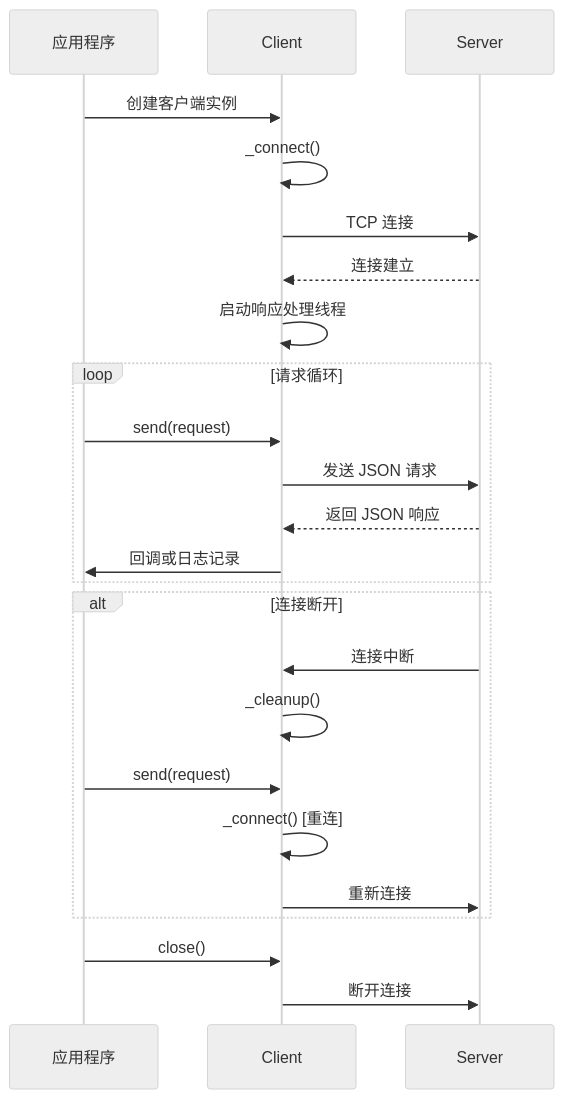
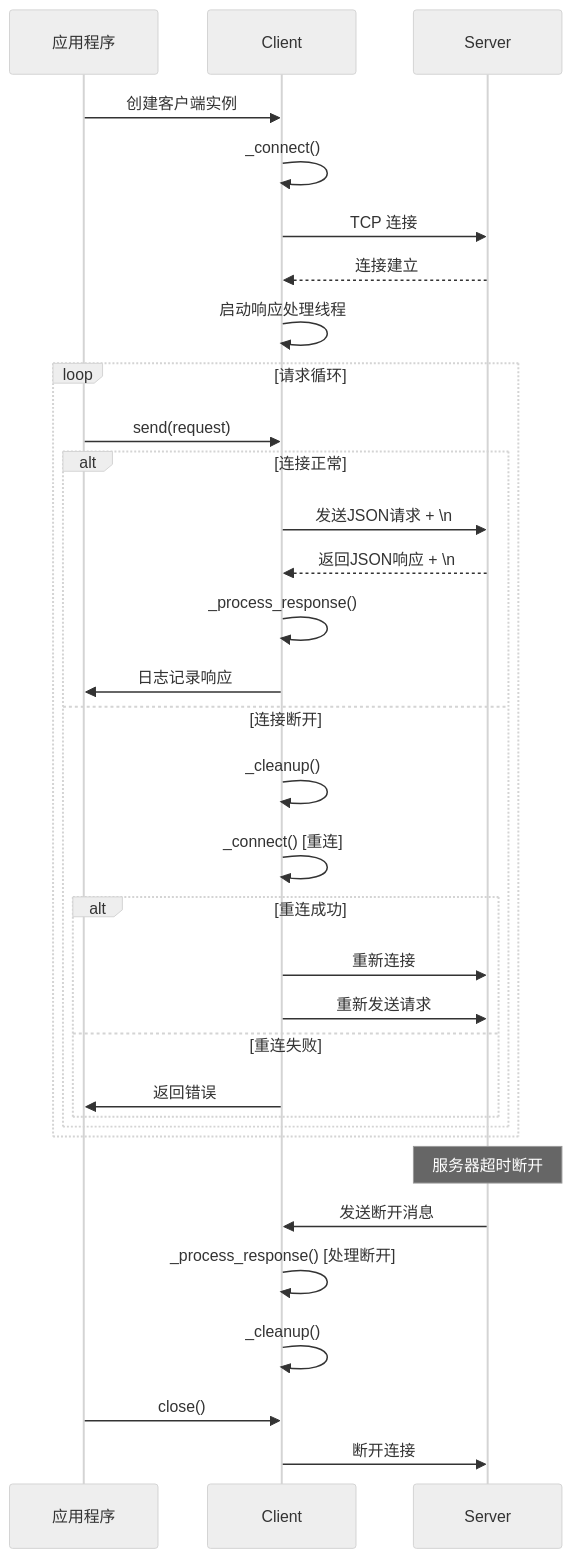
One commit to ProgrammerChengPei/pytest-learn-multi-test-categories changed the fifth of 6 diagrams in docs/架构设计.md. Above: the diagram before and after it, drawn with Mermaid (neutral theme). The commit also changed other lines of this file and 3 other files, not shown here.

````diff
--- a/docs/架构设计.md
+++ b/docs/架构设计.md
@@ -178,30 +206,39 @@
 ```mermaid
 sequenceDiagram
     participant App as 应用程序
     participant C as Client
     participant S as Server
     
     App->>C: 创建客户端实例
     C->>C: _connect()
     C->>S: TCP 连接
     S-->>C: 连接建立
     C->>C: 启动响应处理线程
     
     loop 请求循环
         App->>C: send(request)
-        C->>S: 发送 JSON 请求
-        S-->>C: 返回 JSON 响应
-        C->>App: 回调或日志记录
+        alt 连接正常
+            C->>S: 发送JSON请求 + \n
+            S-->>C: 返回JSON响应 + \n
+            C->>C: _process_response()
+            C->>App: 日志记录响应
+        else 连接断开
+            C->>C: _cleanup()
+            C->>C: _connect() [重连]
+            alt 重连成功
+                C->>S: 重新连接
+                C->>S: 重新发送请求
+            else 重连失败
+                C->>App: 返回错误
+            end
+        end
     end
     
-    alt 连接断开
-        S->>C: 连接中断
-        C->>C: _cleanup()
-        App->>C: send(request)
-        C->>C: _connect() [重连]
-        C->>S: 重新连接
-    end
+    Note over S: 服务器超时断开
+    S->>C: 发送断开消息
+    C->>C: _process_response() [处理断开]
+    C->>C: _cleanup()
     
     App->>C: close()
     C->>S: 断开连接
 ```
````
